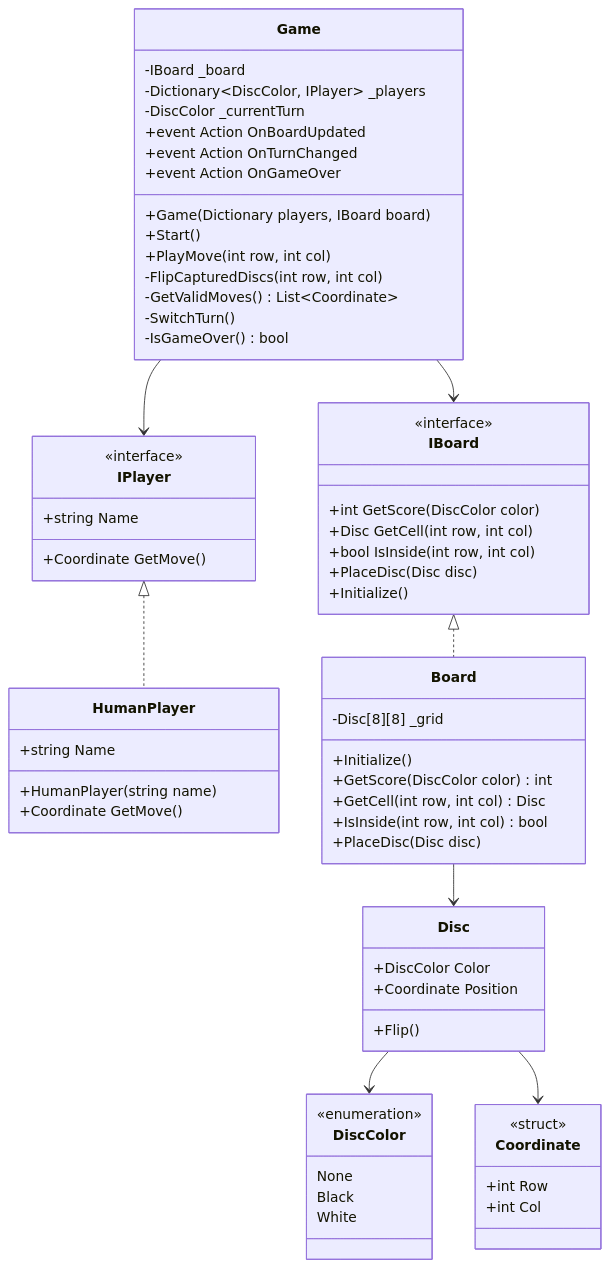
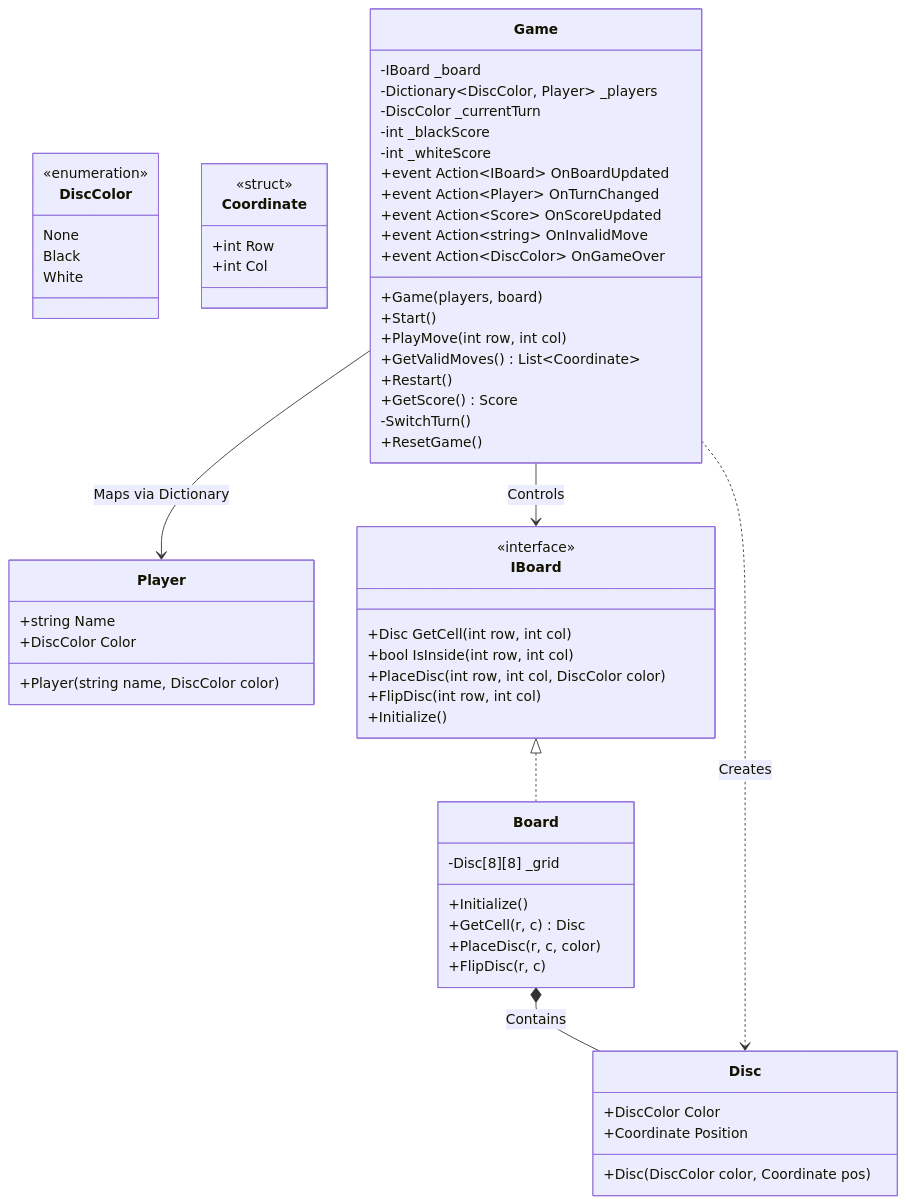
One commit to naufalha/batch_16 changed the diagram in OtelloProject/UMLOTELO.mmd. Above: the diagram before and after it, drawn with Mermaid. The commit also changed 23 other files, not shown here.

```diff
--- a/OtelloProject/UMLOTELO.mmd
+++ b/OtelloProject/UMLOTELO.mmd
@@ -1,84 +1,83 @@
 classDiagram
     direction TB
 
-    %% ===== ENUM =====
+    %% ===== ENUMS & STRUCTS =====
     class DiscColor {
         <<enumeration>>
         None
         Black
         White
     }
 
-    %% ===== GAME =====
-    class Game {
-        -IBoard _board
-        -Dictionary~DiscColor, IPlayer~ _players
-        -DiscColor _currentTurn
-        +event Action<Board> OnBoardUpdated
-        +event Action<DiscColor> OnTurnChanged
-        +event Action<GameState> OnGameOver
-        +Game(Dictionary<DiscColor, IPlayer> players, IBoard board)
-        +Start()
-        +PlayMove(int row, int col)
-        -FlipCapturedDiscs(int row, int col)
-        -GetValidMoves() List~Coordinate~
-        -SwitchTurn()
-        -IsGameOver() bool
-        
+    class Coordinate {
+        <<struct>>
+        +int Row
+        +int Col
     }
 
-    %% ===== PLAYER =====
-    class IPlayer {
-        <<interface>>
-        +string Name
-        +Coordinate GetMove()
+    %% ===== DISC (Object) =====
+    class Disc {
+        +DiscColor Color
+        +Coordinate Position
+        +Disc(DiscColor color, Coordinate pos)
     }
 
-    class HumanPlayer {
+    %% ===== PLAYER (Data Entity) =====
+    class Player {
         +string Name
-        +HumanPlayer(string name)
-        +Coordinate GetMove()
+        +DiscColor Color
+        +Player(string name, DiscColor color)
     }
 
-    IPlayer <|.. HumanPlayer
-
-    %% ===== BOARD =====
+    %% ===== BOARD (Grid Manager) =====
     class IBoard {
         <<interface>>
-        +int GetScore(DiscColor color)
         +Disc GetCell(int row, int col)
         +bool IsInside(int row, int col)
-        +PlaceDisc(Disc disc)
+        +PlaceDisc(int row, int col, DiscColor color)
+        +FlipDisc(int row, int col)
         +Initialize()
     }
 
     class Board {
         -Disc[8][8] _grid
         +Initialize()
-        +GetScore(DiscColor color) int
-        +GetCell(int row, int col) Disc
-        +IsInside(int row, int col) bool
-        +PlaceDisc(Disc disc)
+        +GetCell(r, c) Disc
+        +PlaceDisc(r, c, color)
+        +FlipDisc(r, c)
     }
 
     IBoard <|.. Board
+    Board *-- Disc : Contains
 
-    %% ===== DISC =====
-    class Disc {
-        +DiscColor Color
-        +Coordinate Position
-        +Flip()
+    %% ===== GAME (Logic Core) =====
+class Game {
+        -IBoard _board
+        -Dictionary~DiscColor, Player~ _players
+        -DiscColor _currentTurn
+        -int _blackScore
+        -int _whiteScore
+
+        +event Action~IBoard~ OnBoardUpdated
+        +event Action~Player~ OnTurnChanged
+        +event Action~Score~ OnScoreUpdated
+        +event Action~string~ OnInvalidMove
+        +event Action~DiscColor~ OnGameOver
+        
+        +Game(players, board)
+        +Start()
+        +PlayMove(int row, int col)
+        
+        %% NEW OPTIMIZATION METHODS
+        +GetValidMoves() List~Coordinate~
+        +Restart()
+        
+        +GetScore() Score
+        -SwitchTurn()
+        +ResetGame()
     }
 
-    %% ===== COORDINATE STRUCT =====
-    class Coordinate {
-        <<struct>>
-        +int Row
-        +int Col
-    }
-
-    Game --> IBoard
-    Game --> IPlayer
-    Board --> Disc
-    Disc --> DiscColor
-    Disc --> Coordinate
+    %% ===== RELATIONSHIPS =====
+    Game --> IBoard : Controls
+    Game --> Player : Maps via Dictionary
+    Game ..> Disc : Creates
```
